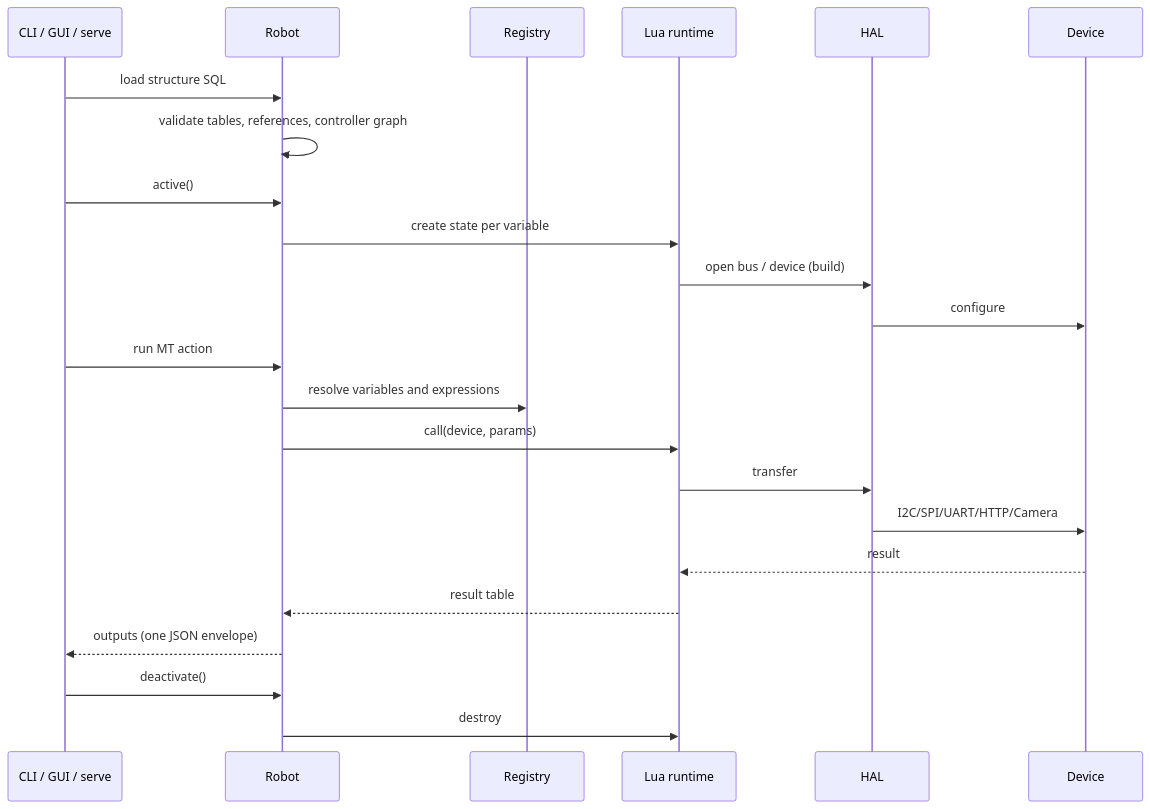
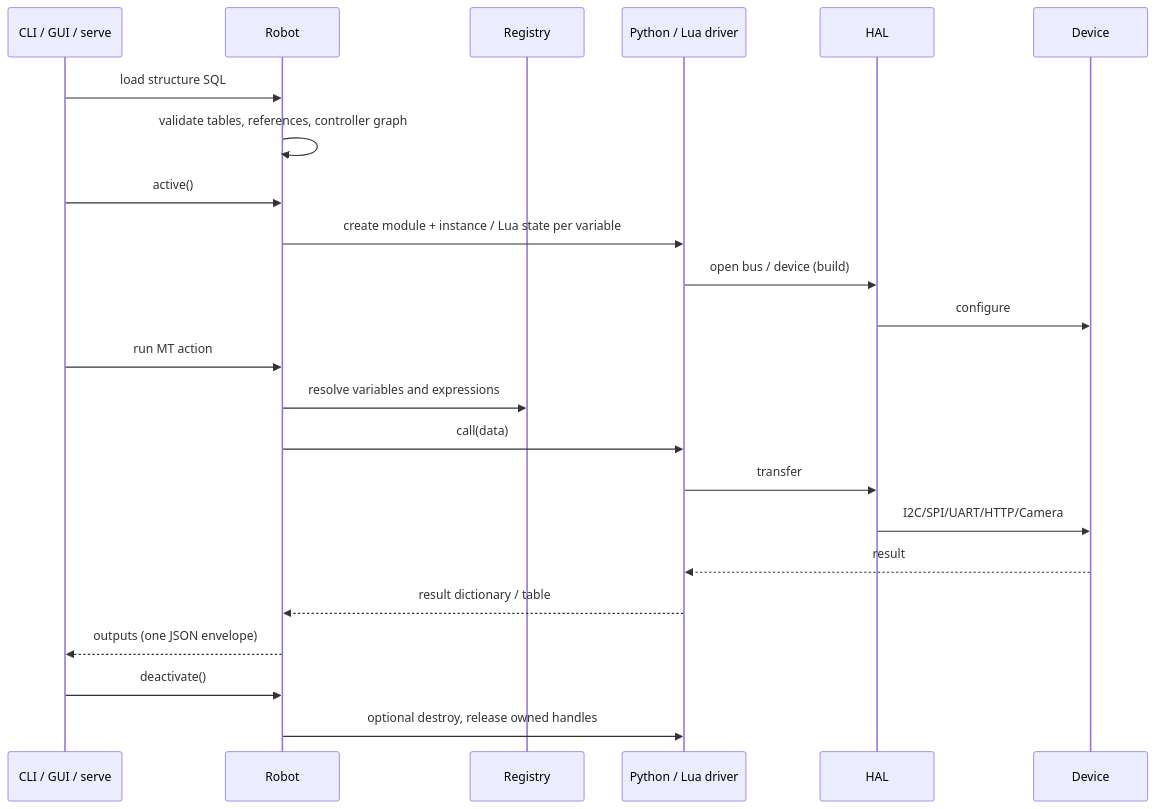
The second of 3 diagrams in docs/architecture.md (gopsc/mybot), drawn with Mermaid before and after one commit. The commit also changed other lines of this file and 30 other files, not shown here.

````diff
--- a/docs/architecture.md
+++ b/docs/architecture.md
@@ -30,26 +61,26 @@
 ```mermaid
 sequenceDiagram
     participant CLI as CLI / GUI / serve
     participant Robot
     participant Registry
-    participant Lua as Lua runtime
+    participant Driver as Python / Lua driver
     participant HAL
     participant Device
 
     CLI->>Robot: load structure SQL
     Robot->>Robot: validate tables, references, controller graph
     CLI->>Robot: active()
-    Robot->>Lua: create state per variable
-    Lua->>HAL: open bus / device (build)
+    Robot->>Driver: create module + instance / Lua state per variable
+    Driver->>HAL: open bus / device (build)
     HAL->>Device: configure
     CLI->>Robot: run MT action
     Robot->>Registry: resolve variables and expressions
-    Robot->>Lua: call(device, params)
-    Lua->>HAL: transfer
+    Robot->>Driver: call(data)
+    Driver->>HAL: transfer
     HAL->>Device: I2C/SPI/UART/HTTP/Camera
-    Device-->>Lua: result
-    Lua-->>Robot: result table
+    Device-->>Driver: result
+    Driver-->>Robot: result dictionary / table
     Robot-->>CLI: outputs (one JSON envelope)
     CLI->>Robot: deactivate()
-    Robot->>Lua: destroy
+    Robot->>Driver: optional destroy, release owned handles
 ```
````
